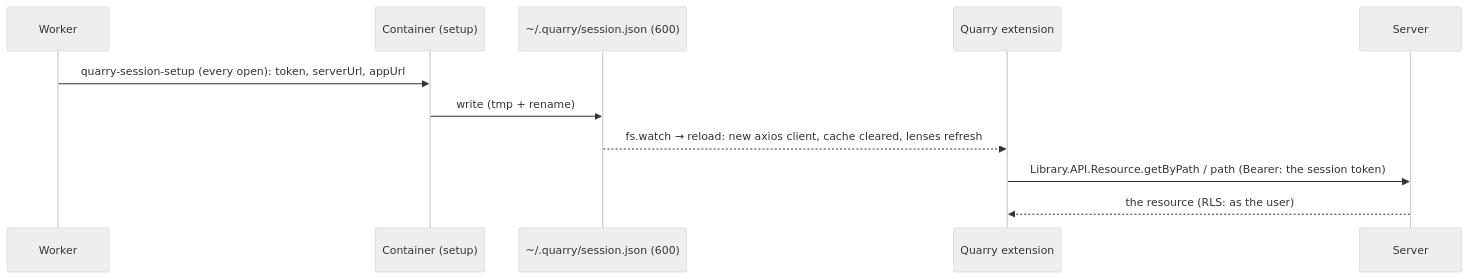
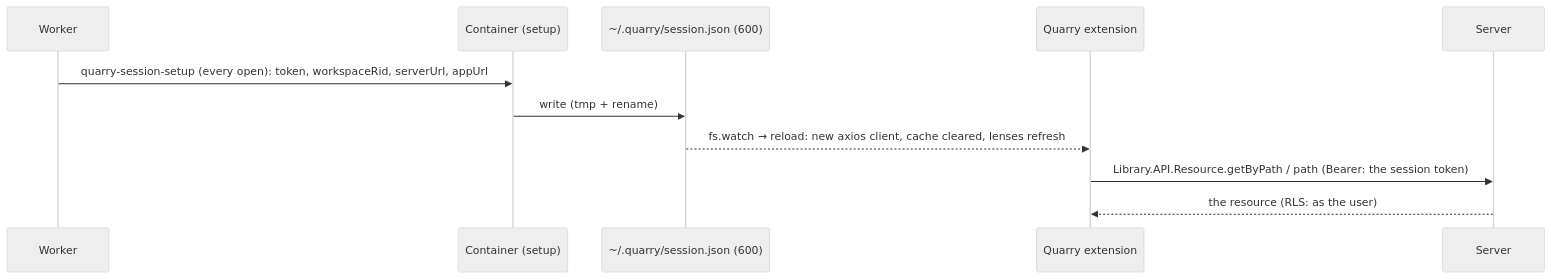
One commit to RolandTeslaru/Quarry changed the first of 2 diagrams in docs/design/code-workspaces/extension.md. Above: the diagram before and after it, drawn with Mermaid (neutral theme). The commit also changed other lines of this file and 9 other files, not shown here.

Commit message:
feat: update session setup to include workspace RID and enhance documentation

````diff
--- a/docs/design/code-workspaces/extension.md
+++ b/docs/design/code-workspaces/extension.md
@@ -18,14 +20,14 @@
 ```mermaid
 sequenceDiagram
     participant W as Worker
     participant C as Container (setup)
     participant F as ~/.quarry/session.json (600)
     participant E as Quarry extension
     participant S as Server
 
-    W->>C: quarry-session-setup (every open): token, serverUrl, appUrl
+    W->>C: quarry-session-setup (every open): token, workspaceRid, serverUrl, appUrl
     C->>F: write (tmp + rename)
     F-->>E: fs.watch → reload: new axios client, cache cleared, lenses refresh
     E->>S: Library.API.Resource.getByPath / path (Bearer: the session token)
     S-->>E: the resource (RLS: as the user)
 ```
````
